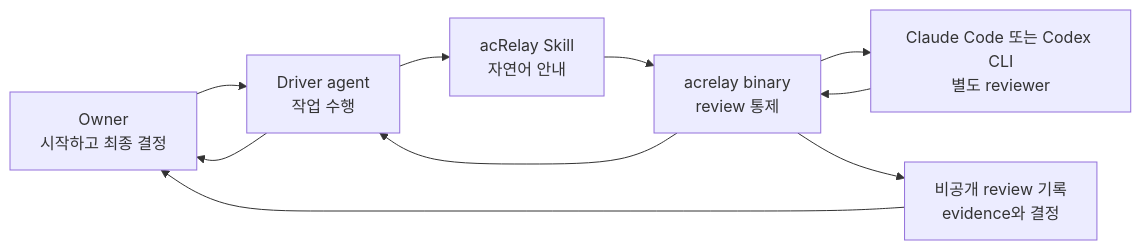
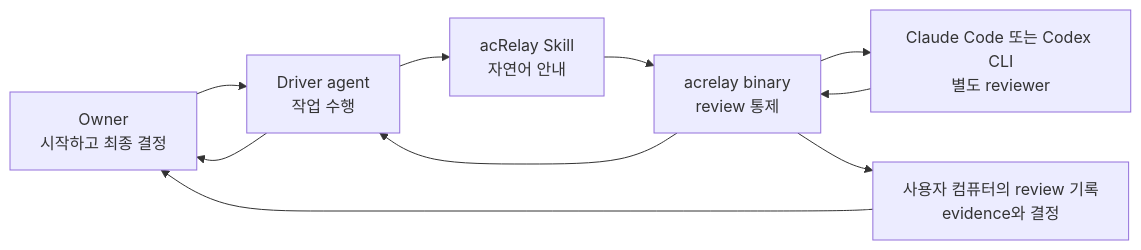
One commit to kyungseo/skillstead changed the diagram in README.ko.md. Above: the diagram before and after it, drawn with Mermaid. The commit also changed other lines of this file and 6 other files, not shown here.

````diff
--- a/README.ko.md
+++ b/README.ko.md
@@ -22,12 +22,12 @@
 ```mermaid
 flowchart LR
     O["Owner<br/>시작하고 최종 결정"] --> D["Driver agent<br/>작업 수행"]
     D --> S["acRelay Skill<br/>자연어 안내"]
     S --> E["acrelay binary<br/>review 통제"]
     E --> R["Claude Code 또는 Codex CLI<br/>별도 reviewer"]
     R --> E
-    E --> P["비공개 review 기록<br/>evidence와 결정"]
+    E --> P["사용자 컴퓨터의 review 기록<br/>evidence와 결정"]
     E --> D
     P --> O
     D --> O
 ```
````
